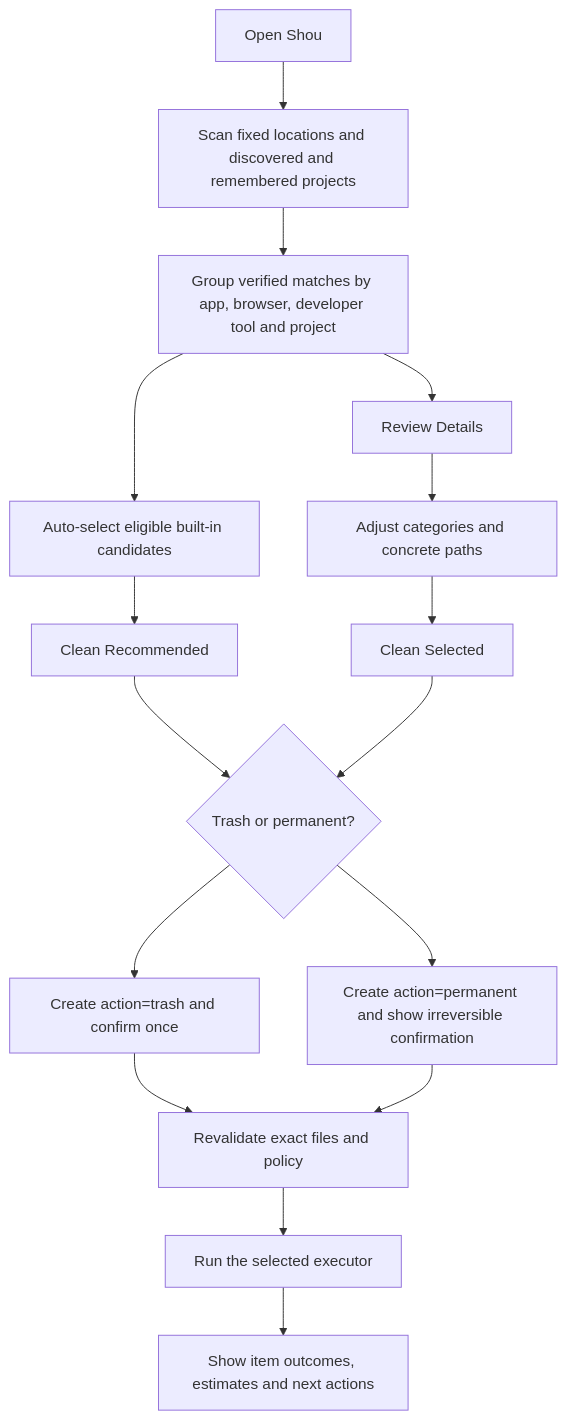
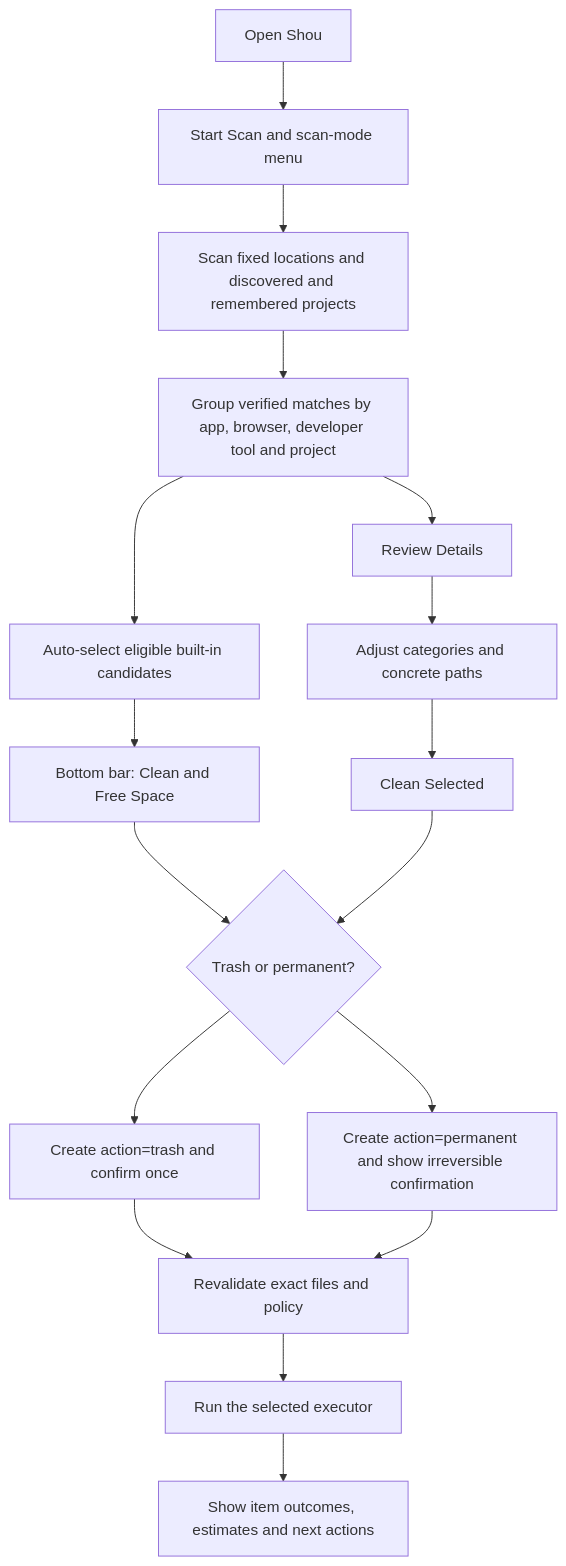
The second of 8 diagrams in docs/architecture/workflows-and-sequences.md (limecloud/shou), drawn with Mermaid before and after one commit. The commit also changed other lines of this file and 117 other files, not shown here.

````diff
--- a/docs/architecture/workflows-and-sequences.md
+++ b/docs/architecture/workflows-and-sequences.md
@@ -39,18 +39,19 @@
 ```mermaid
 flowchart TD
-    Open[Open Shou] --> Scan[Scan fixed locations and discovered and remembered projects]
+    Open[Open Shou] --> Entry[Start Scan and scan-mode menu]
+    Entry --> Scan[Scan fixed locations and discovered and remembered projects]
     Scan --> Matches[Group verified matches by app, browser, developer tool and project]
     Matches --> Auto[Auto-select eligible built-in candidates]
-    Auto --> Recommended[Clean Recommended]
+    Auto --> Recommended[Bottom bar: Clean and Free Space]
     Matches --> Details[Review Details]
     Details --> Adjust[Adjust categories and concrete paths]
     Adjust --> Selected[Clean Selected]
     Recommended --> Action{Trash or permanent?}
     Selected --> Action
     Action --> Trash[Create action=trash and confirm once]
     Action --> Permanent[Create action=permanent and show irreversible confirmation]
     Trash --> Verify[Revalidate exact files and policy]
     Permanent --> Verify
     Verify --> Execute[Run the selected executor]
     Execute --> Result[Show item outcomes, estimates and next actions]
 ```
````
